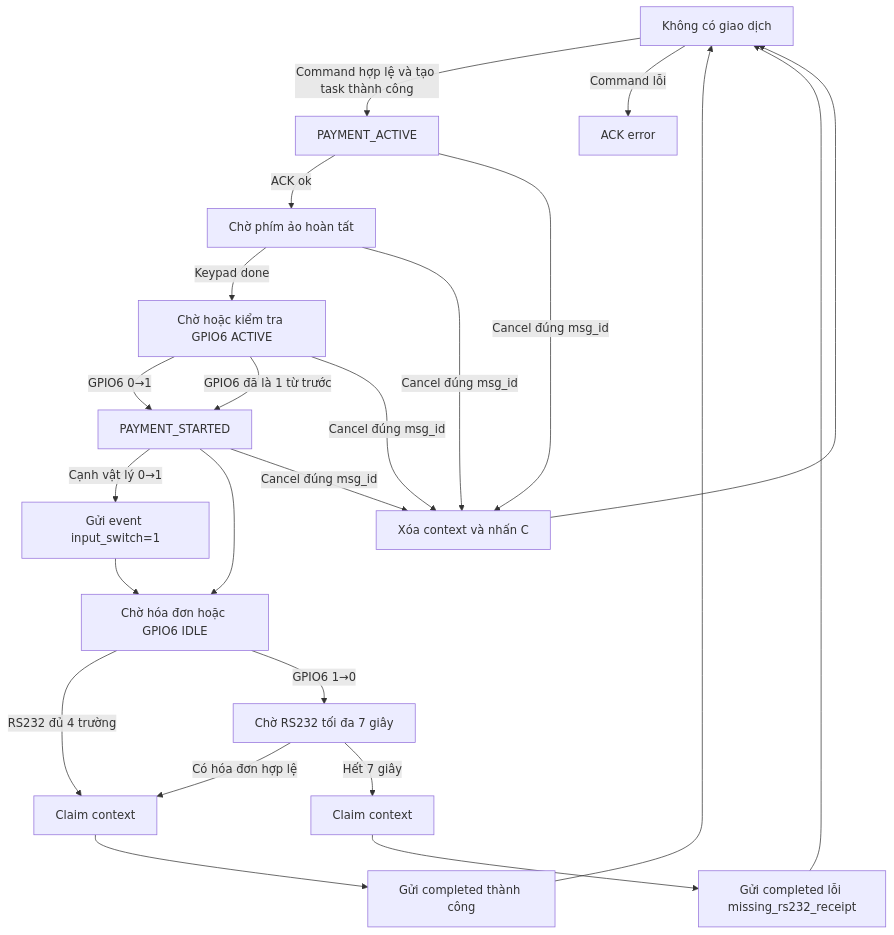
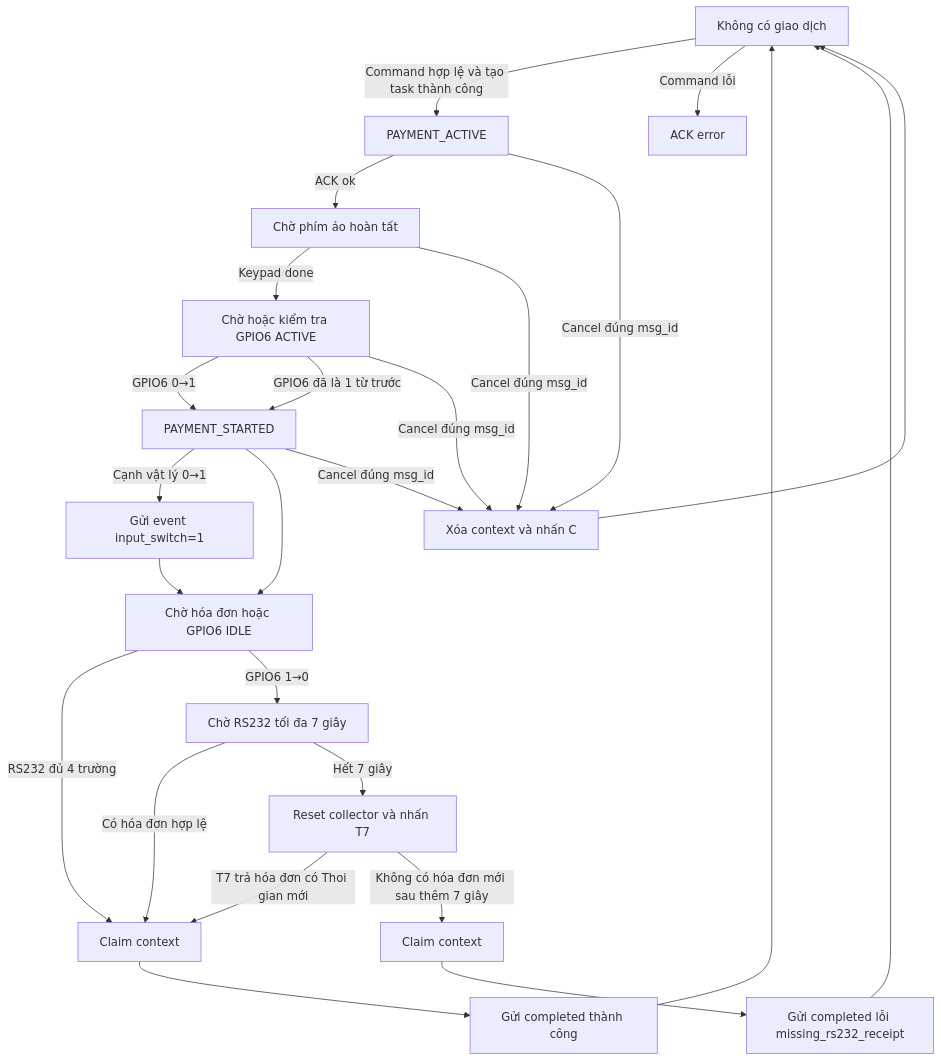
The second of 6 diagrams in docs/iot/payment-transaction-event/flow.md (kenhkythuat/automatic_fuel_pump), drawn with Mermaid before and after one commit. The commit also changed other lines of this file and 8 other files, not shown here.

````diff
--- a/docs/iot/payment-transaction-event/flow.md
+++ b/docs/iot/payment-transaction-event/flow.md
@@ -46,25 +46,27 @@
 ```mermaid
 flowchart TD
     A[Không có giao dịch] -->|Command hợp lệ và tạo task thành công| B[PAYMENT_ACTIVE]
     A -->|Command lỗi| AE[ACK error]
     B -->|ACK ok| C[Chờ phím ảo hoàn tất]
     C -->|Keypad done| D[Chờ hoặc kiểm tra GPIO6 ACTIVE]
     D -->|GPIO6 0→1| E[PAYMENT_STARTED]
     D -->|GPIO6 đã là 1 từ trước| E
     E -->|Cạnh vật lý 0→1| ES[Gửi event input_switch=1]
     ES --> F[Chờ hóa đơn hoặc GPIO6 IDLE]
     E --> F
     F -->|RS232 đủ 4 trường| G[Claim context]
     G --> H[Gửi completed thành công]
     F -->|GPIO6 1→0| I[Chờ RS232 tối đa 7 giây]
     I -->|Có hóa đơn hợp lệ| G
-    I -->|Hết 7 giây| J[Claim context]
-    J --> K[Gửi completed lỗi missing_rs232_receipt]
+    I -->|Hết 7 giây| J[Reset collector và nhấn T7]
+    J -->|T7 trả hóa đơn có Thoi gian mới| G
+    J -->|Không có hóa đơn mới sau thêm 7 giây| K[Claim context]
+    K --> M[Gửi completed lỗi missing_rs232_receipt]
     B -->|Cancel đúng msg_id| L[Xóa context và nhấn C]
     C -->|Cancel đúng msg_id| L
     D -->|Cancel đúng msg_id| L
     E -->|Cancel đúng msg_id| L
     H --> A
-    K --> A
+    M --> A
     L --> A
 ```
````
